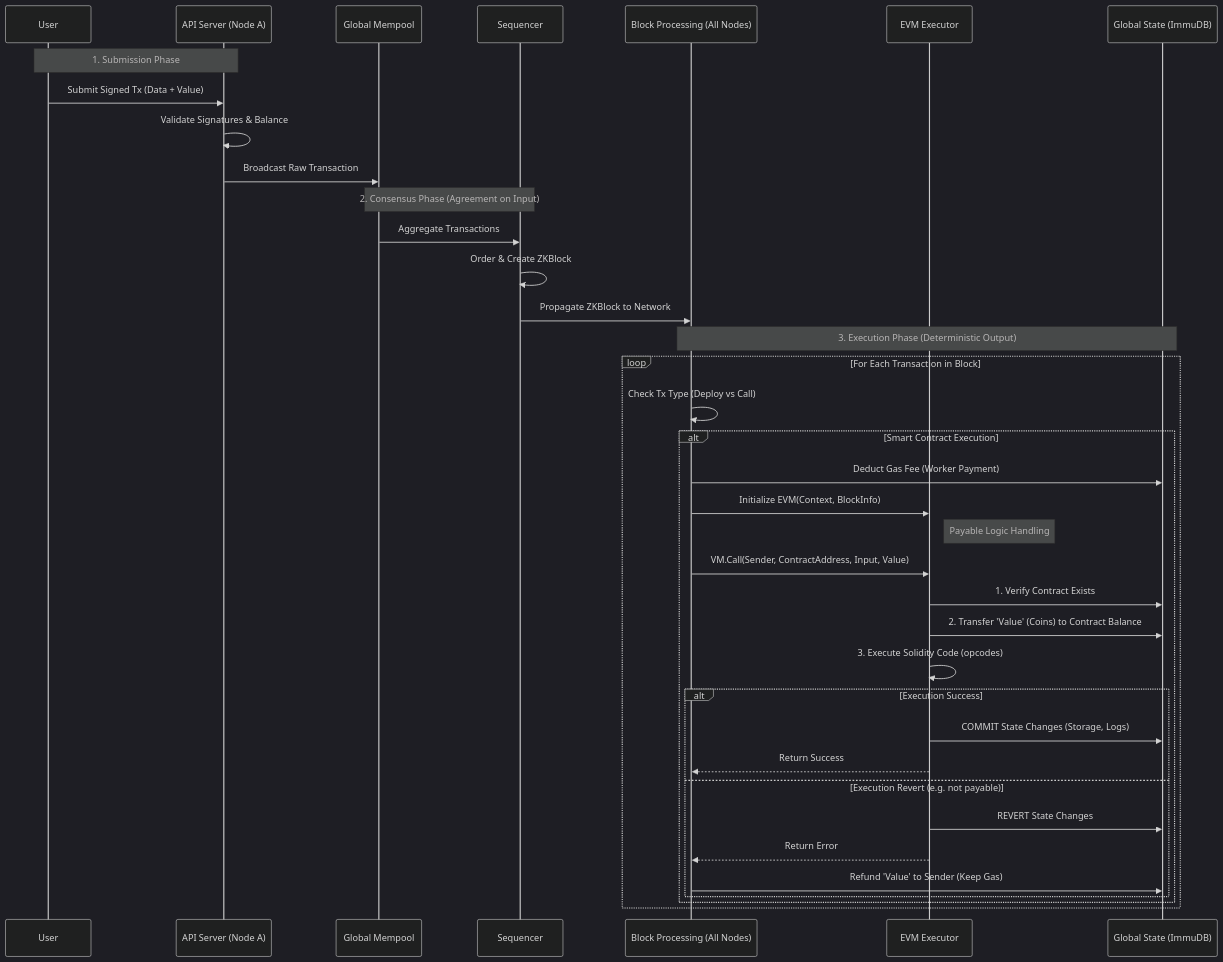
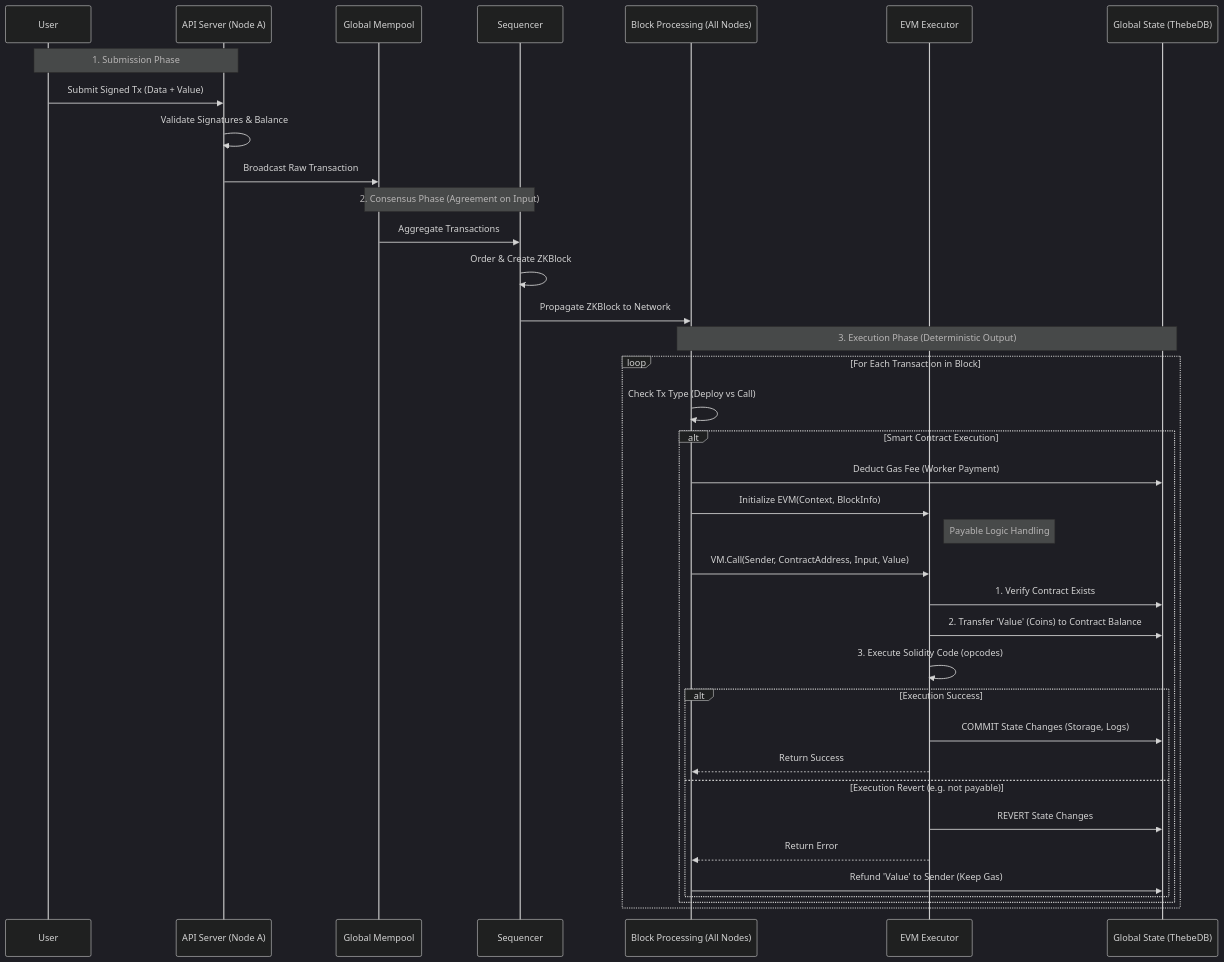
The diagram in SmartContract/smart_contract_flow.md (JupiterMetaLabs/jmdn), drawn with Mermaid (dark theme) before and after one commit. The commit also changed other lines of this file and 3 other files, not shown here.

Commit message:
docs(sc): storage-reality banners on SC docs; flow participant ThebeDB; checklist B4-skip + B5/B6 status (B6)

````diff
--- a/SmartContract/smart_contract_flow.md
+++ b/SmartContract/smart_contract_flow.md
@@ -7,45 +15,45 @@
 ```mermaid
 sequenceDiagram
     participant User
     participant API as API Server (Node A)
     participant Mempool as Global Mempool
     participant Seq as Sequencer
     participant BP as Block Processing (All Nodes)
     participant VM as EVM Executor
-    participant State as Global State (ImmuDB)
+    participant State as Global State (ThebeDB)
 
     Note over User, API: 1. Submission Phase
     User->>API: Submit Signed Tx (Data + Value)
     API->>API: Validate Signatures & Balance
     API->>Mempool: Broadcast Raw Transaction
 
     Note over Mempool, Seq: 2. Consensus Phase (Agreement on Input)
     Mempool->>Seq: Aggregate Transactions
     Seq->>Seq: Order & Create ZKBlock
     Seq->>BP: Propagate ZKBlock to Network
 
     Note over BP, State: 3. Execution Phase (Deterministic Output)
     loop For Each Transaction in Block
         BP->>BP: Check Tx Type (Deploy vs Call)
 
         alt Smart Contract Execution
             BP->>State: Deduct Gas Fee (Worker Payment)
             BP->>VM: Initialize EVM(Context, BlockInfo)
 
             Note right of VM: Payable Logic Handling
             BP->>VM: VM.Call(Sender, ContractAddress, Input, Value)
             VM->>State: 1. Verify Contract Exists
             VM->>State: 2. Transfer 'Value' (Coins) to Contract Balance
             VM->>VM: 3. Execute Solidity Code (opcodes)
 
             alt Execution Success
                 VM->>State: COMMIT State Changes (Storage, Logs)
                 VM-->>BP: Return Success
             else Execution Revert (e.g. not payable)
                 VM->>State: REVERT State Changes
                 VM-->>BP: Return Error
                 BP->>State: Refund 'Value' to Sender (Keep Gas)
             end
         end
     end
 ```
````
